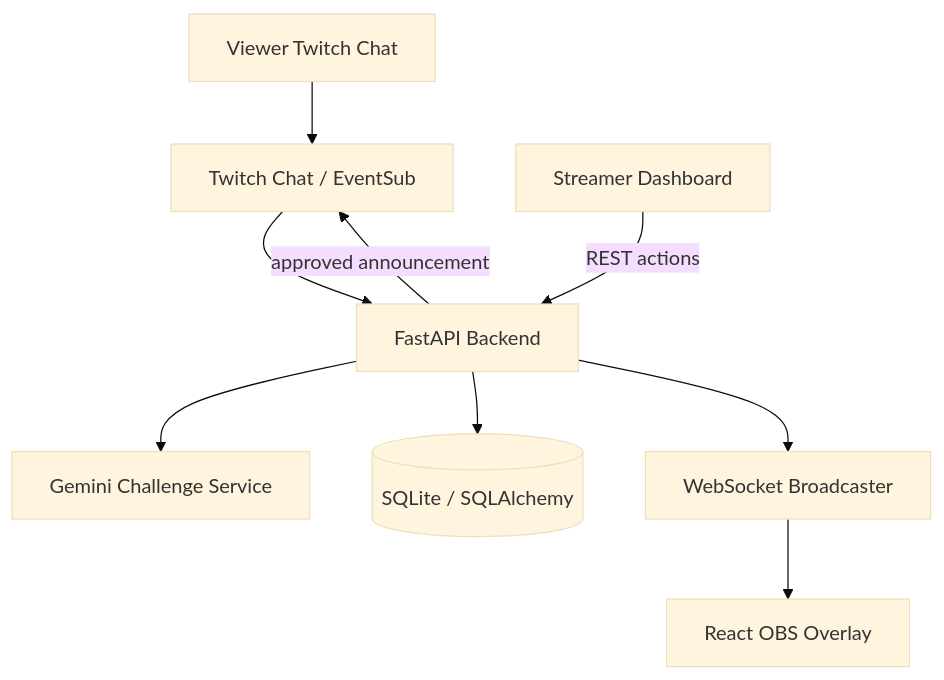
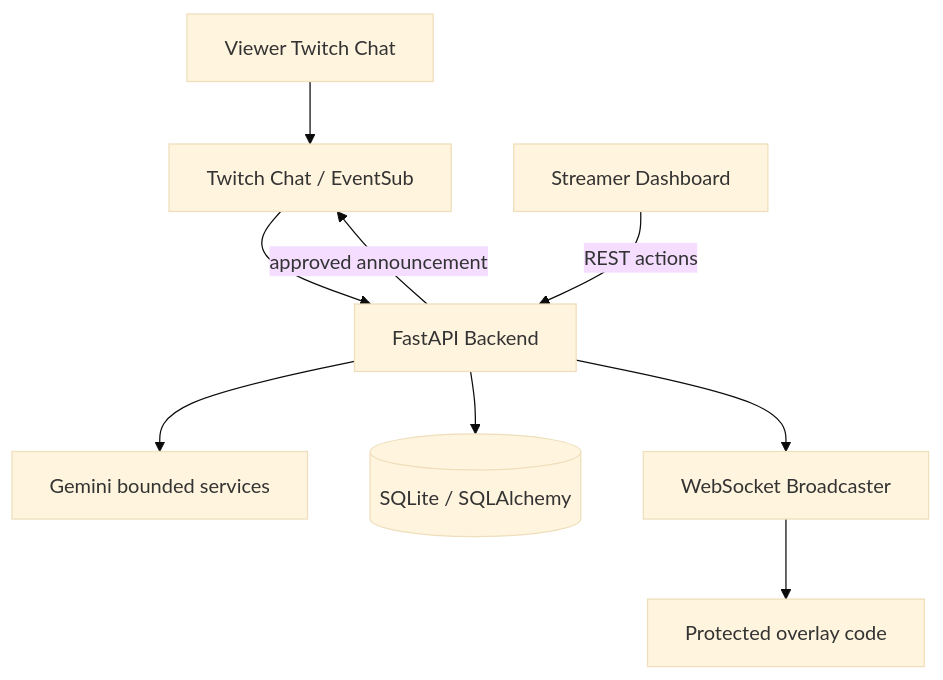
Before and after one commit to dumpalakomalkiran/StreamPilotAI: the diagram in docs/ARCHITECTURE.md, drawn with Mermaid (base theme). The commit also changed other lines of this file and 27 other files, not shown here.

````diff
--- a/docs/ARCHITECTURE.md
+++ b/docs/ARCHITECTURE.md
@@ -3,11 +3,11 @@
 ```mermaid
 flowchart TD
     V[Viewer Twitch Chat] --> T[Twitch Chat / EventSub]
     T --> B[FastAPI Backend]
     S[Streamer Dashboard] -->|REST actions| B
-    B --> A[Gemini Challenge Service]
+    B --> A[Gemini bounded services]
     B --> D[(SQLite / SQLAlchemy)]
     B --> W[WebSocket Broadcaster]
-    W --> O[React OBS Overlay]
+    W --> O[Protected overlay code]
     B -->|approved announcement| T
 ```
````
